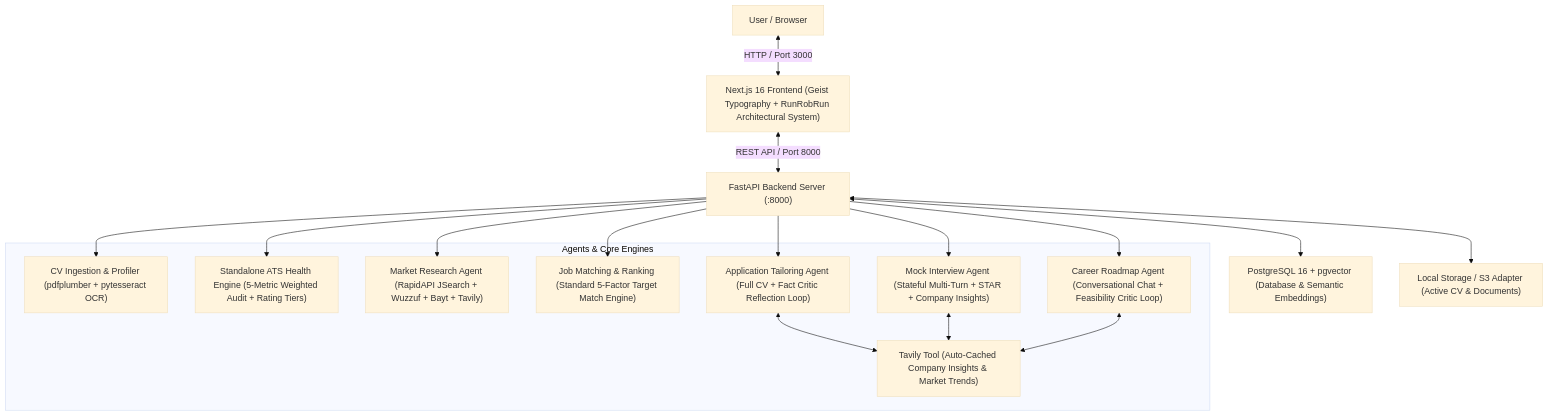
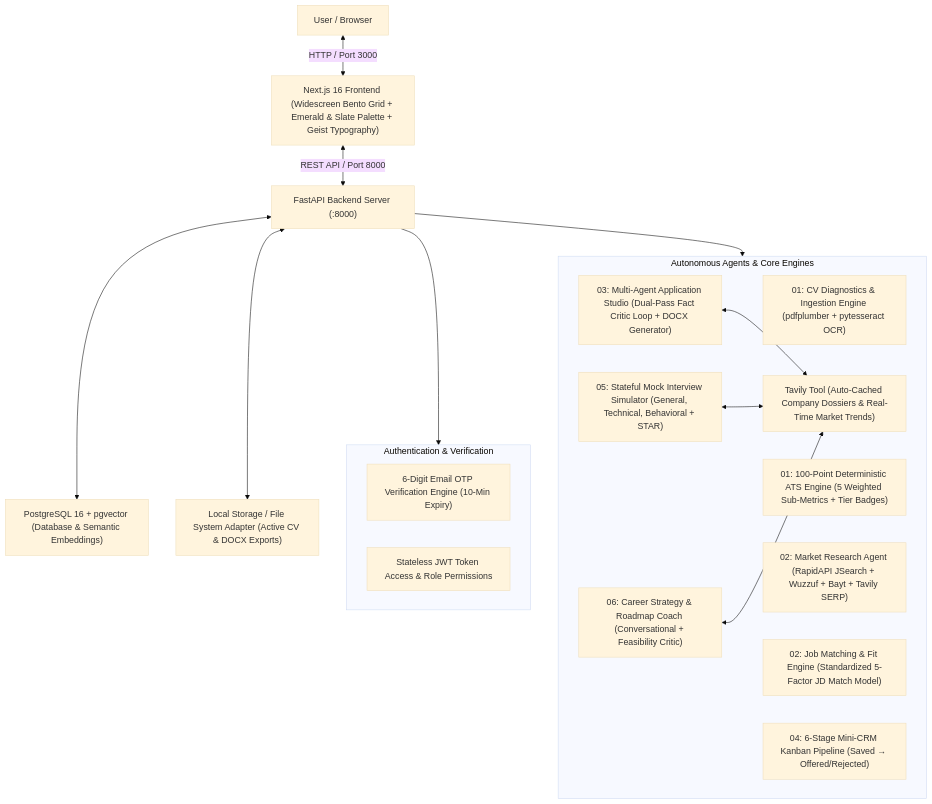
Before and after one commit to Mostafa710/career-copilot: the first of 8 diagrams in docs/architecture_flowcharts.md, drawn with Mermaid (base theme). The commit also changed other lines of this file and 2 other files, not shown here.

````diff
--- a/docs/architecture_flowcharts.md
+++ b/docs/architecture_flowcharts.md
@@ -9,25 +9,32 @@
 ```mermaid
 flowchart TD
-    User["User / Browser"] <-->|HTTP / Port 3000| NextFrontend["Next.js 16 Frontend (Geist Typography + RunRobRun Architectural System)"]
+    User["User / Browser"] <-->|HTTP / Port 3000| NextFrontend["Next.js 16 Frontend (Widescreen Bento Grid + Emerald & Slate Palette + Geist Typography)"]
     NextFrontend <-->|REST API / Port 8000| FastApiServer["FastAPI Backend Server (:8000)"]
     
     SharedDB["PostgreSQL 16 + pgvector (Database & Semantic Embeddings)"]
-    LocalStorage["Local Storage / S3 Adapter (Active CV & Documents)"]
+    LocalStorage["Local Storage / File System Adapter (Active CV & DOCX Exports)"]
 
     FastApiServer <--> SharedDB
     FastApiServer <--> LocalStorage
 
-    subgraph AgentsLayer ["Agents & Core Engines"]
-        Agent_CV["CV Ingestion & Profiler (pdfplumber + pytesseract OCR)"]
-        ATS_Gen["Standalone ATS Health Engine (5-Metric Weighted Audit + Rating Tiers)"]
-        Agent_MR["Market Research Agent (RapidAPI JSearch + Wuzzuf + Bayt + Tavily)"]
-        Agent_JM["Job Matching & Ranking (Standard 5-Factor Target Match Engine)"]
-        Agent_APP["Application Tailoring Agent (Full CV + Fact Critic Reflection Loop)"]
-        Agent_INT["Mock Interview Agent (Stateful Multi-Turn + STAR + Company Insights)"]
-        Agent_CR["Career Roadmap Agent (Conversational Chat + Feasibility Critic Loop)"]
-        Tool_Tavily["Tavily Tool (Auto-Cached Company Insights & Market Trends)"]
+    subgraph SecurityLayer ["Authentication & Verification"]
+        Auth_OTP["6-Digit Email OTP Verification Engine (10-Min Expiry)"]
+        Auth_JWT["Stateless JWT Token Access & Role Permissions"]
     end
 
-    FastApiServer --> Agent_CV & ATS_Gen & Agent_MR & Agent_JM & Agent_APP & Agent_INT & Agent_CR
+    subgraph AgentsLayer ["Autonomous Agents & Core Engines"]
+        Agent_CV["01: CV Diagnostics & Ingestion Engine (pdfplumber + pytesseract OCR)"]
+        ATS_Gen["01: 100-Point Deterministic ATS Engine (5 Weighted Sub-Metrics + Tier Badges)"]
+        Agent_MR["02: Market Research Agent (RapidAPI JSearch + Wuzzuf + Bayt + Tavily SERP)"]
+        Agent_JM["02: Job Matching & Fit Engine (Standardized 5-Factor JD Match Model)"]
+        Agent_APP["03: Multi-Agent Application Studio (Dual-Pass Fact Critic Loop + DOCX Generator)"]
+        Agent_CRM["04: 6-Stage Mini-CRM Kanban Pipeline (Saved → Offered/Rejected)"]
+        Agent_INT["05: Stateful Mock Interview Simulator (General, Technical, Behavioral + STAR)"]
+        Agent_CR["06: Career Strategy & Roadmap Coach (Conversational + Feasibility Critic)"]
+        Tool_Tavily["Tavily Tool (Auto-Cached Company Dossiers & Real-Time Market Trends)"]
+    end
+
+    FastApiServer --> SecurityLayer
+    FastApiServer --> AgentsLayer
     Agent_APP & Agent_INT & Agent_CR <--> Tool_Tavily
 ```
````
